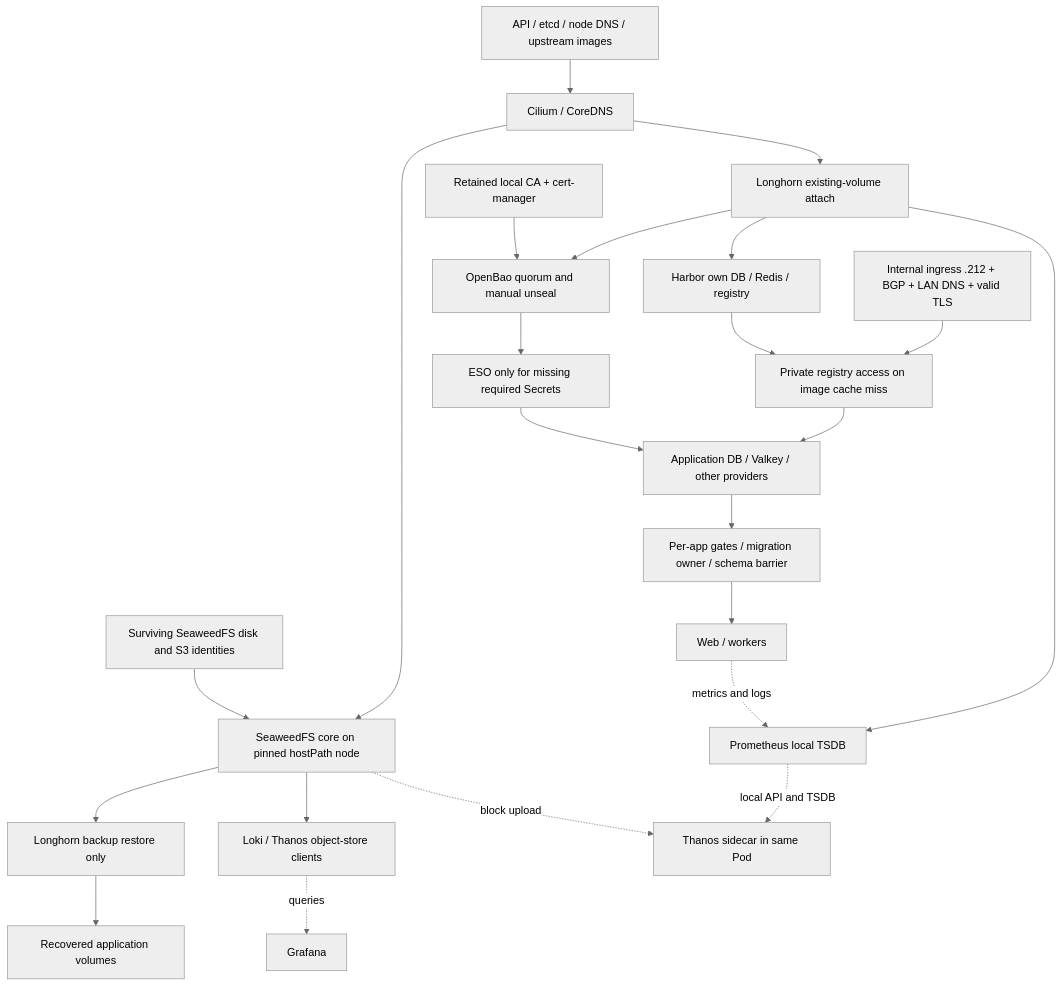
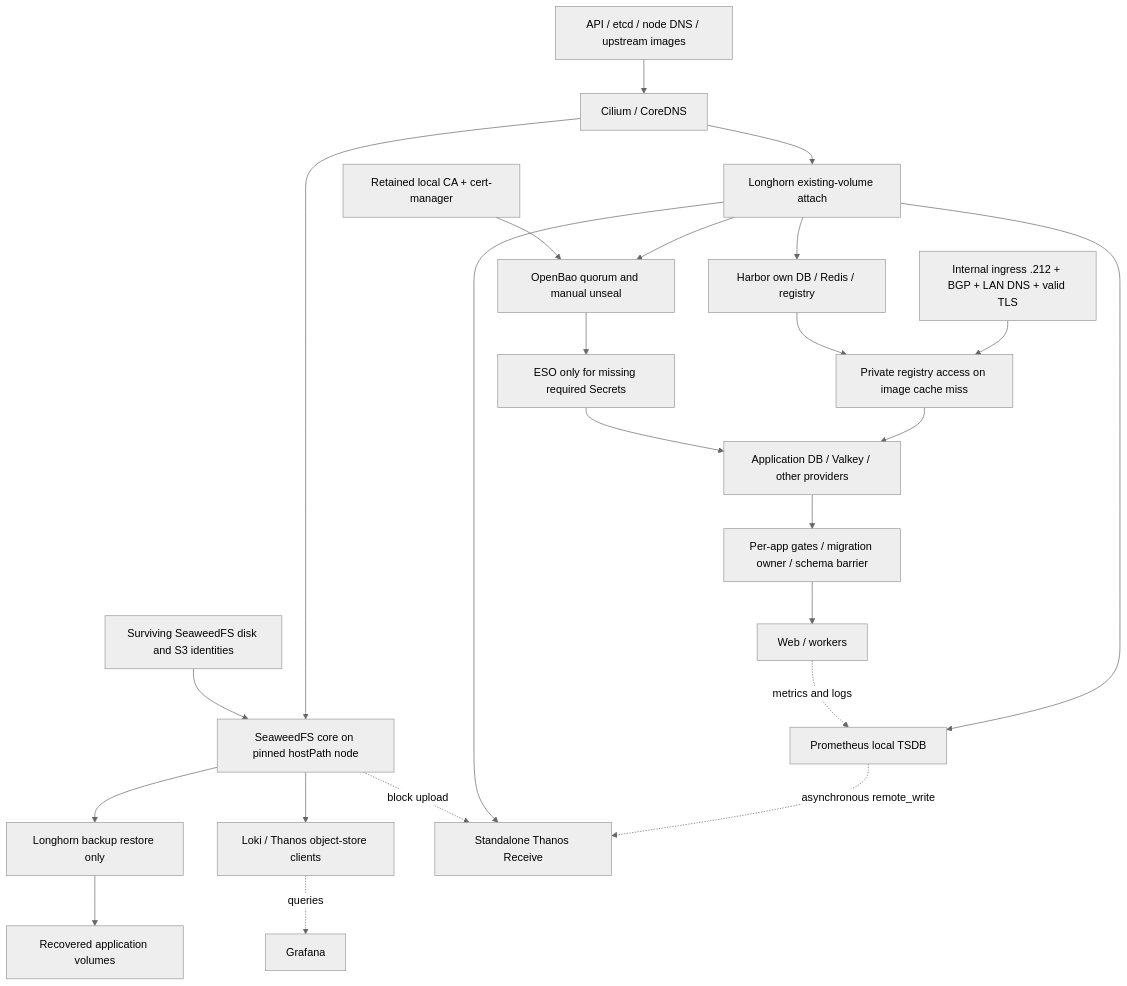
Before and after one commit to shaman007/home-k3s: the diagram in docs/startup/AUDIT-2026-11-14.md, drawn with Mermaid (neutral theme). The commit also changed other lines of this file and 7 other files, not shown here.

````diff
--- a/docs/startup/AUDIT-2026-11-14.md
+++ b/docs/startup/AUDIT-2026-11-14.md
@@ -13,25 +13,26 @@
 ```mermaid
 flowchart TD
   Node[API / etcd / node DNS / upstream images] --> Net[Cilium / CoreDNS]
   Net --> LH[Longhorn existing-volume attach]
   Net --> S3[SeaweedFS core on pinned hostPath node]
   Disk[Surviving SeaweedFS disk and S3 identities] --> S3
   S3 --> Restore[Longhorn backup restore only]
   Restore --> Recovered[Recovered application volumes]
   LH --> Bao[OpenBao quorum and manual unseal]
   CA[Retained local CA + cert-manager] --> Bao
   Bao --> Missing[ESO only for missing required Secrets]
   LH --> Harbor[Harbor own DB / Redis / registry]
   Ingress[Internal ingress .212 + BGP + LAN DNS + valid TLS] --> Pull[Private registry access on image cache miss]
   Harbor --> Pull
   Pull --> DB[Application DB / Valkey / other providers]
   Missing --> DB
   DB --> Gates[Per-app gates / migration owner / schema barrier]
   Gates --> Apps[Web / workers]
   S3 --> Obs[Loki / Thanos object-store clients]
   LH --> Prom[Prometheus local TSDB]
-  Prom -. local API and TSDB .-> Sidecar[Thanos sidecar in same Pod]
-  S3 -. block upload .-> Sidecar
+  Prom -. asynchronous remote_write .-> Receive[Standalone Thanos Receive]
+  LH --> Receive
+  S3 -. block upload .-> Receive
   Obs -. queries .-> UI[Grafana]
   Apps -. metrics and logs .-> Prom
 ```
````
